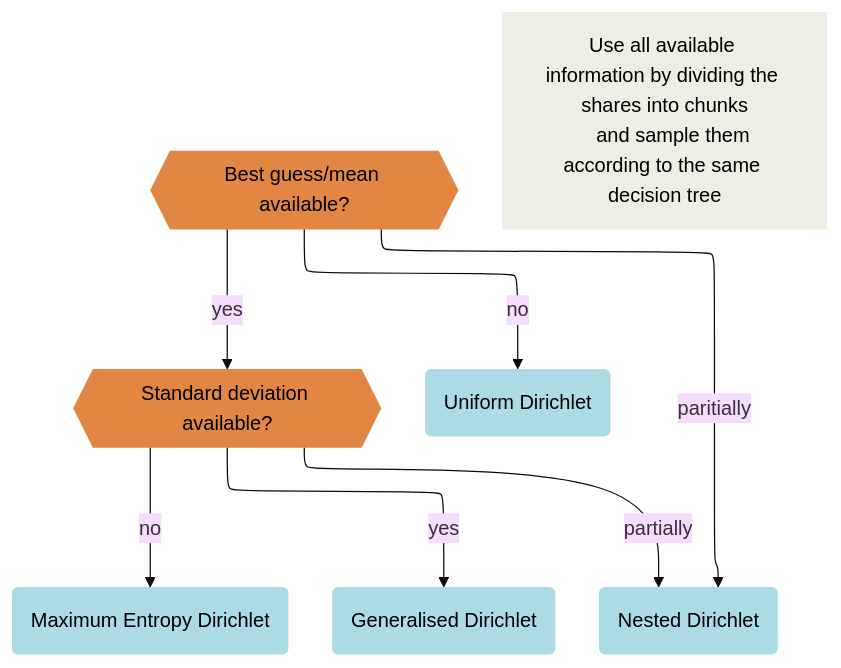
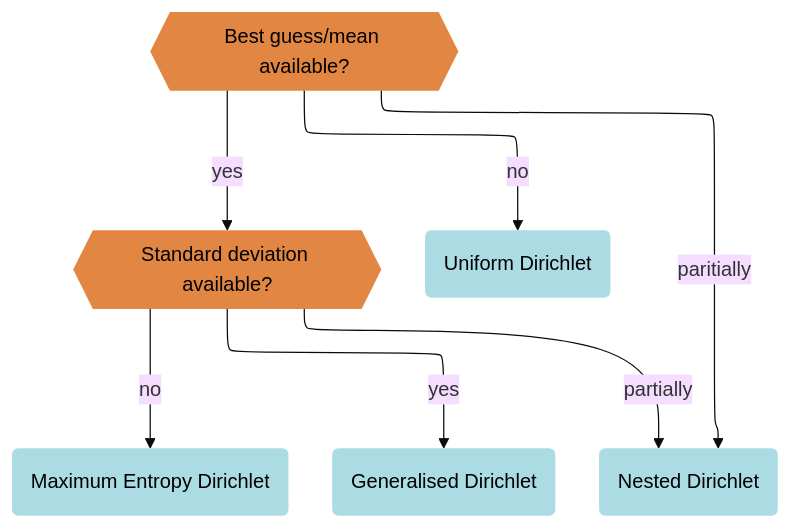
The third of 3 diagrams in README.md (simschul/MaxentDisaggregation), drawn with Mermaid (base theme) before and after one commit.

Commit message:
fix decision tree

````diff
--- a/README.md
+++ b/README.md
@@ -140,24 +140,23 @@
 ```mermaid
 flowchart-elk TD
     %% Define node classes
     classDef decision fill:#e28743,color:black,stroke:none;
     classDef distribution fill:#abdbe3,color:black,stroke:none;
     classDef explanationnode fill:#eeeee4,color:black,stroke:none;
 
     MeanDecision{{"Best guess/mean available?"}}:::decision
     SDDecision{{"Standard deviation available?"}}:::decision
     MaxEntDir("Maximum Entropy Dirichlet"):::distribution
     GenDir("Generalised Dirichlet"):::distribution
     NestedDir("Nested Dirichlet"):::distribution
     UniformDir("Uniform Dirichlet"):::distribution
-    NestedDir2["Use all available information by dividing the shares into chunks
-    and sample them according to the same decision tree"]:::explanationnode
+    
 
     %% Define connections
     MeanDecision -- "no" --> UniformDir
     MeanDecision -- "yes" --> SDDecision
     MeanDecision -- "paritially" --> NestedDir
     SDDecision -- "no" --> MaxEntDir
     SDDecision -- "yes" --> GenDir
     SDDecision -- "partially" --> NestedDir
 ```
````
